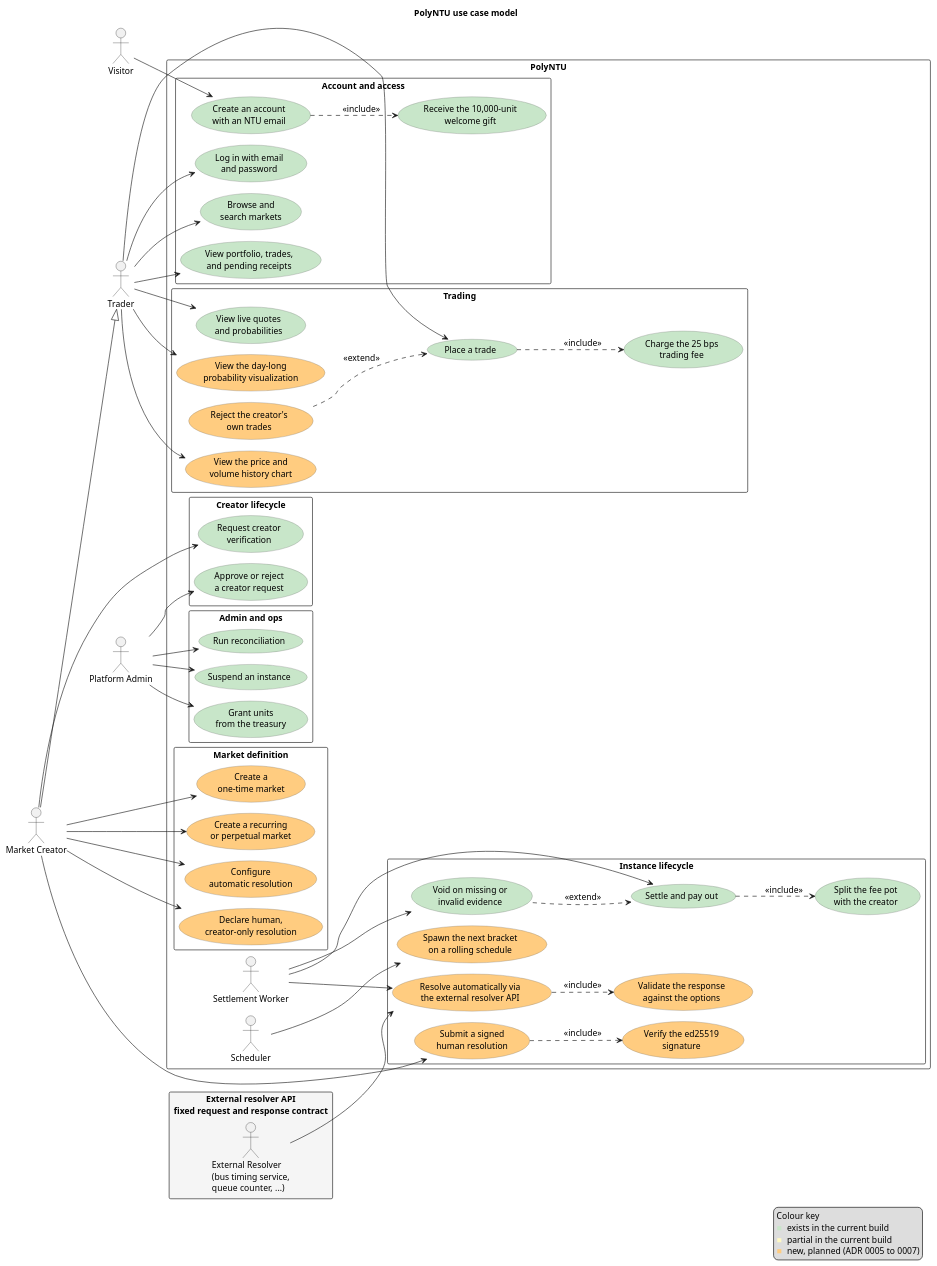
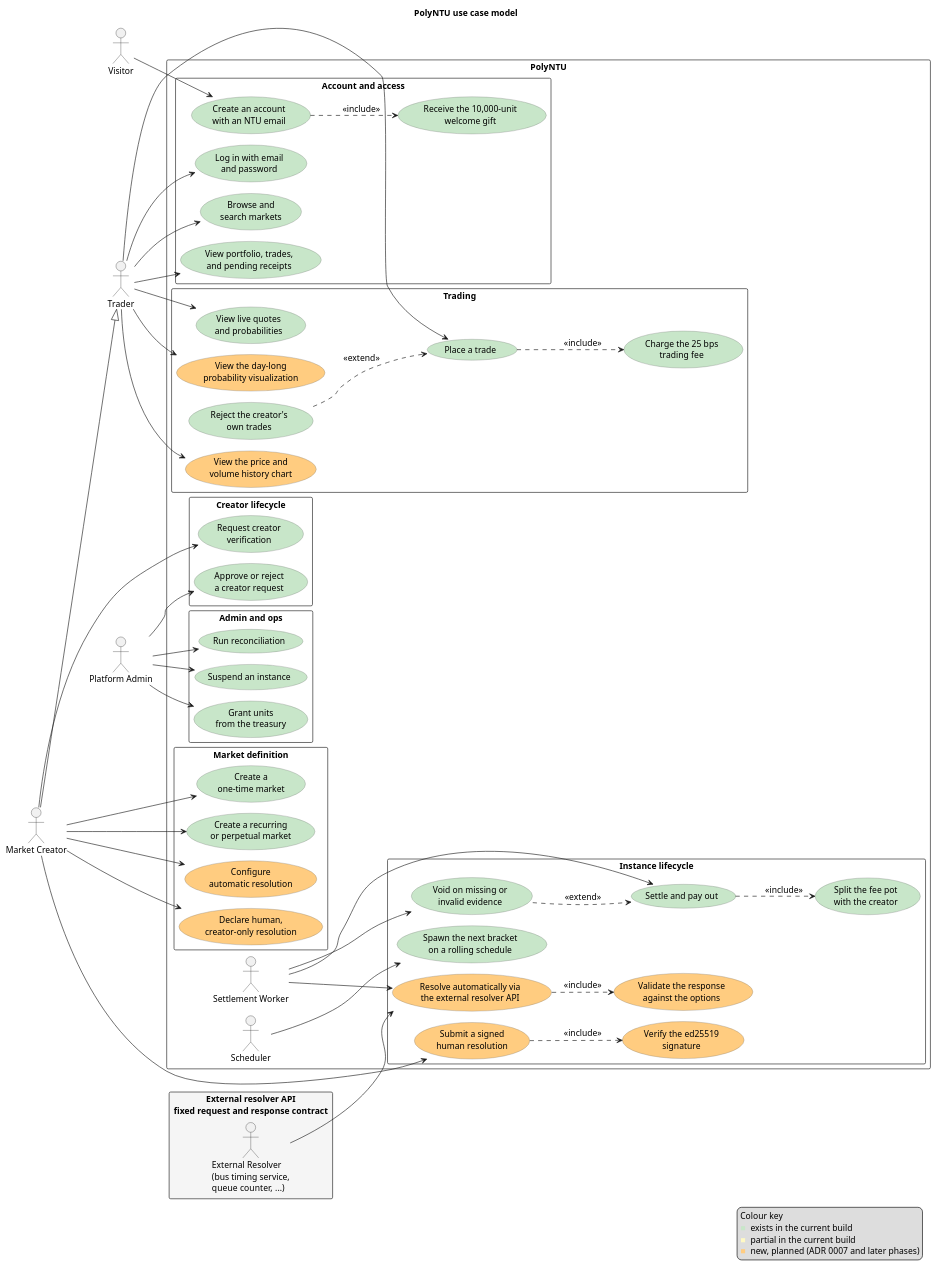
Before and after one commit to sagar2377/PolyNTU: the diagram in docs/diagrams/use-case.puml, drawn with PlantUML. The commit also changed 14 other files, not shown here.

```diff
--- a/docs/diagrams/use-case.puml
+++ b/docs/diagrams/use-case.puml
@@ -1,114 +1,114 @@
 @startuml
 !pragma layout smetana
 left to right direction
 skinparam packageStyle rectangle
 skinparam shadowing false
 skinparam defaultFontSize 14
 skinparam usecaseBorderColor #7A7A7A
 skinparam arrowFontSize 14
 skinparam legendFontSize 14
 title PolyNTU use case model
 
 actor Visitor
 actor Trader
 actor "Market Creator" as Creator
 Creator --|> Trader
 actor "Platform Admin" as Admin
 
 rectangle "PolyNTU" {
   actor "Scheduler" as Scheduler
   actor "Settlement Worker" as Worker
 
   package "Account and access" {
     usecase "Create an account\nwith an NTU email" as UC1 #C8E6C9
     usecase "Log in with email\nand password" as UC2 #C8E6C9
     usecase "Receive the 10,000-unit\nwelcome gift" as UC3 #C8E6C9
     usecase "View portfolio, trades,\nand pending receipts" as UC4 #C8E6C9
     usecase "Browse and\nsearch markets" as UC5 #C8E6C9
   }
 
   package "Creator lifecycle" {
     usecase "Request creator\nverification" as UC6 #C8E6C9
     usecase "Approve or reject\na creator request" as UC7 #C8E6C9
   }
 
   package "Market definition" {
-    usecase "Create a\none-time market" as UC8 #FFCC80
-    usecase "Create a recurring\nor perpetual market" as UC9 #FFCC80
+    usecase "Create a\none-time market" as UC8 #C8E6C9
+    usecase "Create a recurring\nor perpetual market" as UC9 #C8E6C9
     usecase "Configure\nautomatic resolution" as UC10 #FFCC80
     usecase "Declare human,\ncreator-only resolution" as UC11 #FFCC80
   }
 
   package "Instance lifecycle" {
-    usecase "Spawn the next bracket\non a rolling schedule" as UC12 #FFCC80
+    usecase "Spawn the next bracket\non a rolling schedule" as UC12 #C8E6C9
     usecase "Resolve automatically via\nthe external resolver API" as UC13 #FFCC80
     usecase "Validate the response\nagainst the options" as UC13a #FFCC80
     usecase "Submit a signed\nhuman resolution" as UC14 #FFCC80
     usecase "Verify the ed25519\nsignature" as UC14a #FFCC80
     usecase "Settle and pay out" as UC15 #C8E6C9
     usecase "Split the fee pot\nwith the creator" as UC16 #C8E6C9
     usecase "Void on missing or\ninvalid evidence" as UC17 #C8E6C9
   }
 
   package "Trading" {
     usecase "View live quotes\nand probabilities" as UC18 #C8E6C9
     usecase "View the price and\nvolume history chart" as UC19 #FFCC80
     usecase "Place a trade" as UC20 #C8E6C9
     usecase "Charge the 25 bps\ntrading fee" as UC20a #C8E6C9
-    usecase "Reject the creator's\nown trades" as UC20b #FFCC80
+    usecase "Reject the creator's\nown trades" as UC20b #C8E6C9
     usecase "View the day-long\nprobability visualization" as UC21 #FFCC80
   }
 
   package "Admin and ops" {
     usecase "Suspend an instance" as UC22 #C8E6C9
     usecase "Grant units\nfrom the treasury" as UC23 #C8E6C9
     usecase "Run reconciliation" as UC24 #C8E6C9
   }
 }
 
 rectangle "External resolver API\nfixed request and response contract" as ResolverBoundary #F5F5F5 {
   actor "External Resolver\n(bus timing service,\nqueue counter, ...)" as Resolver
 }
 
 Visitor --> UC1
 Trader --> UC2
 Trader --> UC4
 Trader --> UC5
 Trader --> UC18
 Trader --> UC19
 Trader --> UC20
 Trader --> UC21
 
 Creator --> UC6
 Creator --> UC8
 Creator --> UC9
 Creator --> UC10
 Creator --> UC11
 Creator --> UC14
 
 Admin --> UC7
 Admin --> UC22
 Admin --> UC23
 Admin --> UC24
 
 Scheduler --> UC12
 Worker --> UC13
 Worker --> UC15
 Worker --> UC17
 Resolver --> UC13
 
 UC1 ..> UC3 : <<include>>
 UC13 ..> UC13a : <<include>>
 UC14 ..> UC14a : <<include>>
 UC15 ..> UC16 : <<include>>
 UC20 ..> UC20a : <<include>>
 UC17 ..> UC15 : <<extend>>
 UC20b ..> UC20 : <<extend>>
 
 legend right
   Colour key
   <color:#C8E6C9>■</color> exists in the current build
   <color:#FFF9C4>■</color> partial in the current build
-  <color:#FFCC80>■</color> new, planned (ADR 0005 to 0007)
+  <color:#FFCC80>■</color> new, planned (ADR 0007 and later phases)
 endlegend
 @enduml
```
